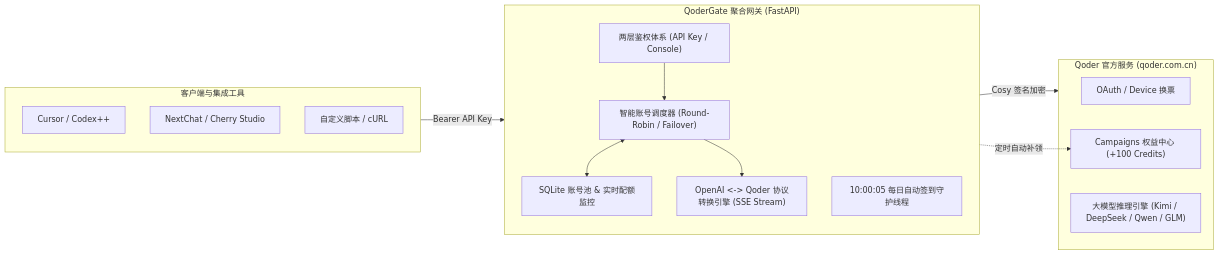
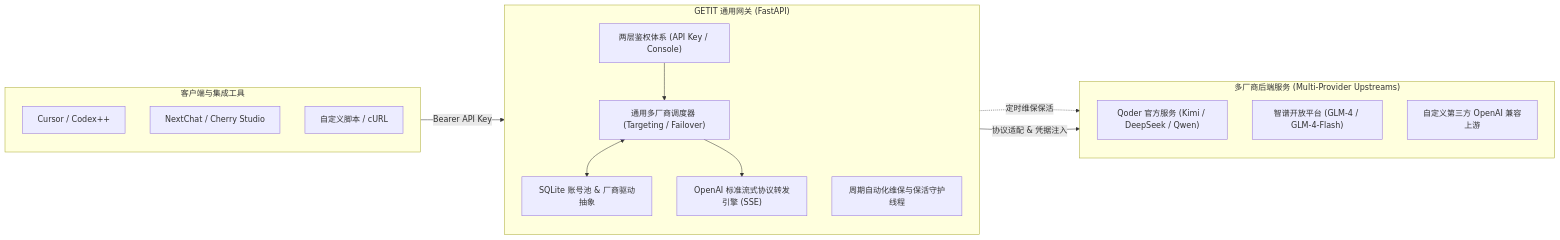
Before and after one commit to saulgoodgirl/QoderGateway: the diagram in README.md, drawn with Mermaid. The commit also changed other lines of this file and 23 other files, not shown here.

Commit message:
feat: upgrade to GETIT multi-provider AI gateway, add ZCode support and disable cloud registrar

````diff
--- a/README.md
+++ b/README.md
@@ -33,30 +37,30 @@
 ```mermaid
 flowchart LR
     subgraph Clients["客户端与集成工具"]
         C1["Cursor / Codex++"]
         C2["NextChat / Cherry Studio"]
         C3["自定义脚本 / cURL"]
     end
 
-    subgraph QoderGate["QoderGate 聚合网关 (FastAPI)"]
+    subgraph GETIT["GETIT 通用网关 (FastAPI)"]
         direction TB
         Auth["两层鉴权体系 (API Key / Console)"]
-        Router["智能账号调度器 (Round-Robin / Failover)"]
-        Pool["SQLite 账号池 & 实时配额监控"]
-        Daemon["10:00:05 每日自动签到守护线程"]
-        Bridge["OpenAI <-> Qoder 协议转换引擎 (SSE Stream)"]
+        Router["通用多厂商调度器 (Targeting / Failover)"]
+        Pool["SQLite 账号池 & 厂商驱动抽象"]
+        Daemon["周期自动化维保与保活守护线程"]
+        Bridge["OpenAI 标准流式协议转发引擎 (SSE)"]
     end
 
-    subgraph Upstream["Qoder 官方服务 (qoder.com.cn)"]
-        QAuth["OAuth / Device 换票"]
-        QCamp["Campaigns 权益中心 (+100 Credits)"]
-        QChat["大模型推理引擎 (Kimi / DeepSeek / Qwen / GLM)"]
+    subgraph Upstream["多厂商后端服务 (Multi-Provider Upstreams)"]
+        QoderUp["Qoder 官方服务 (Kimi / DeepSeek / Qwen)"]
+        ZCodeUp["智谱开放平台 (GLM-4 / GLM-4-Flash)"]
+        CustomUp["自定义第三方 OpenAI 兼容上游"]
     end
 
     Clients -->|Bearer API Key| Auth
     Auth --> Router
     Router <--> Pool
-    Daemon -.->|定时自动补领| QCamp
+    Daemon -.->|定时维保保活| Upstream
     Router --> Bridge
-    Bridge -->|Cosy 签名加密| Upstream
+    Bridge -->|协议适配 & 凭据注入| Upstream
 ```
````
